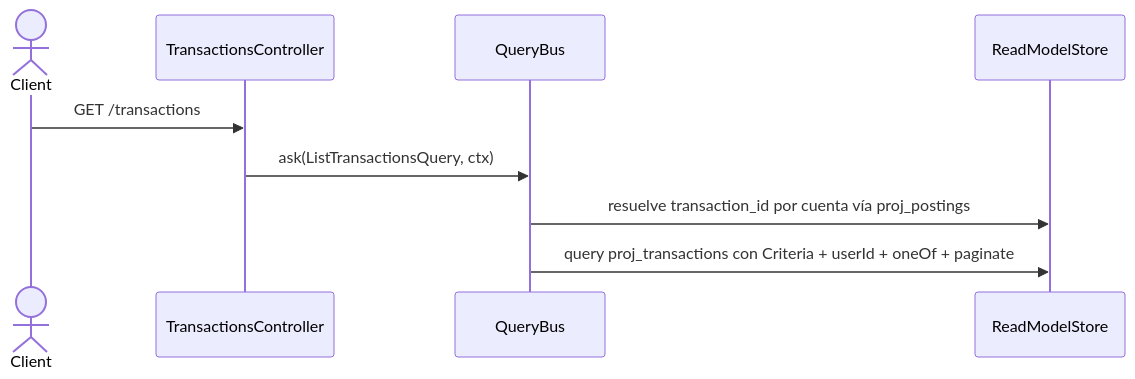
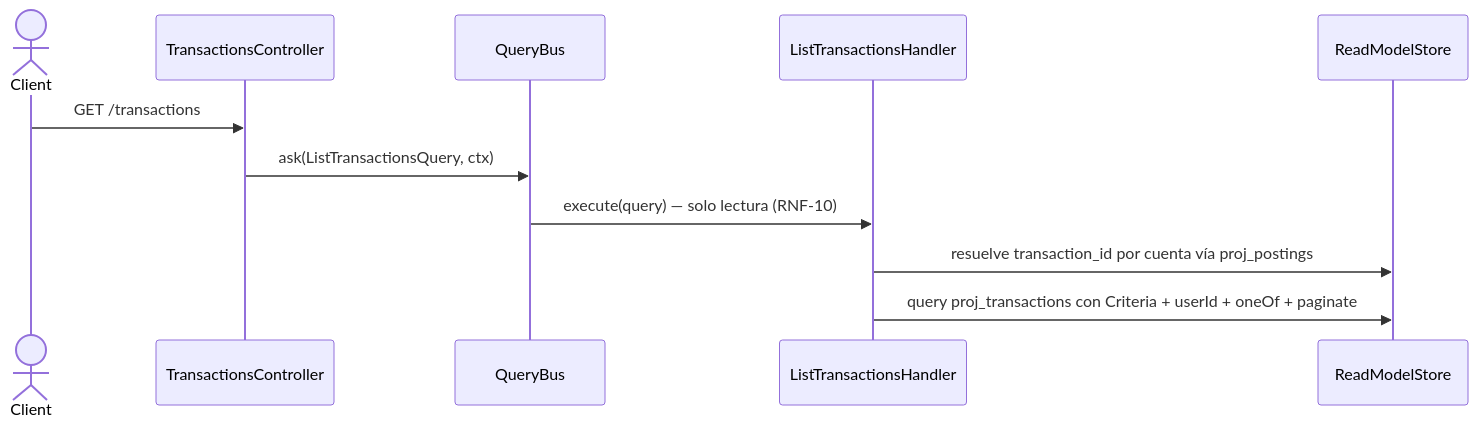
One commit to cristsr/admin-backend changed the diagram in apps/ledger/docs/transactions/flows/list-transactions.md. Above: the diagram before and after it, drawn with Mermaid. The commit also changed 7 other files, not shown here.

First line of the commit message:
docs(ledger): name the query handlers the sequence diagrams skipped

````diff
--- a/apps/ledger/docs/transactions/flows/list-transactions.md
+++ b/apps/ledger/docs/transactions/flows/list-transactions.md
@@ -31,12 +31,14 @@
 ```mermaid
 sequenceDiagram
   actor Client
   participant C as TransactionsController
   participant QB as QueryBus
+  participant H as ListTransactionsHandler
   participant RM as ReadModelStore
 
   Client->>C: GET /transactions
   C->>QB: ask(ListTransactionsQuery, ctx)
-  QB->>RM: resuelve transaction_id por cuenta vía proj_postings
-  QB->>RM: query proj_transactions con Criteria + userId + oneOf + paginate
+  QB->>H: execute(query) — solo lectura (RNF-10)
+  H->>RM: resuelve transaction_id por cuenta vía proj_postings
+  H->>RM: query proj_transactions con Criteria + userId + oneOf + paginate
 ```
````
